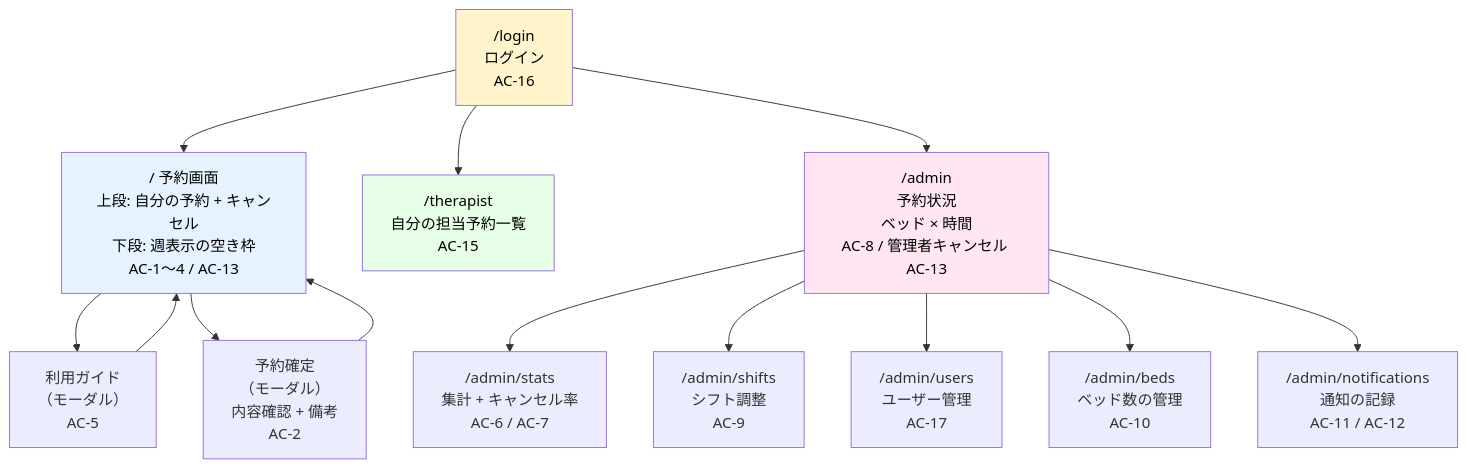
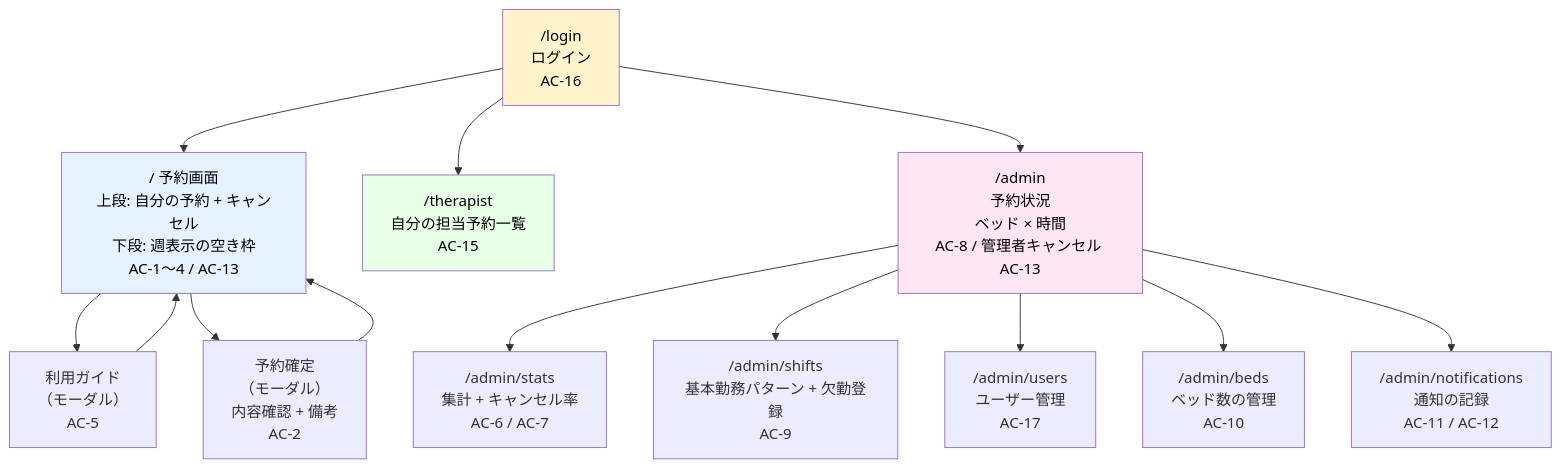
One commit to e225721B/RefreshHub changed the diagram in docs/intern/diagrams/screen-flow-v2.mmd. Above: the diagram before and after it, drawn with Mermaid. The commit also changed 6 other files, not shown here.

```diff
--- a/docs/intern/diagrams/screen-flow-v2.mmd
+++ b/docs/intern/diagrams/screen-flow-v2.mmd
@@ -1,23 +1,23 @@
 flowchart TD
   L["/login<br/>ログイン<br/>AC-16"]
 
   L --> B["/ 予約画面<br/>上段: 自分の予約 + キャンセル<br/>下段: 週表示の空き枠<br/>AC-1〜4 / AC-13"]
 
   B --> G["利用ガイド<br/>（モーダル）<br/>AC-5"]
   G --> B
   B --> M["予約確定<br/>（モーダル）<br/>内容確認 + 備考<br/>AC-2"]
   M --> B
 
   L --> T["/therapist<br/>自分の担当予約一覧<br/>AC-15"]
 
   L --> A["/admin<br/>予約状況<br/>ベッド × 時間<br/>AC-8 / 管理者キャンセル AC-13"]
   A --> A2["/admin/stats<br/>集計 + キャンセル率<br/>AC-6 / AC-7"]
-  A --> A3["/admin/shifts<br/>シフト調整<br/>AC-9"]
+  A --> A3["/admin/shifts<br/>基本勤務パターン + 欠勤登録<br/>AC-9"]
   A --> A4["/admin/users<br/>ユーザー管理<br/>AC-17"]
   A --> A5["/admin/beds<br/>ベッド数の管理<br/>AC-10"]
   A --> A6["/admin/notifications<br/>通知の記録<br/>AC-11 / AC-12"]
 
   style L fill:#fff4cc,color:#000000
   style B fill:#e6f2ff,color:#000000
   style T fill:#e6ffe6,color:#000000
   style A fill:#ffe6f2,color:#000000
```
